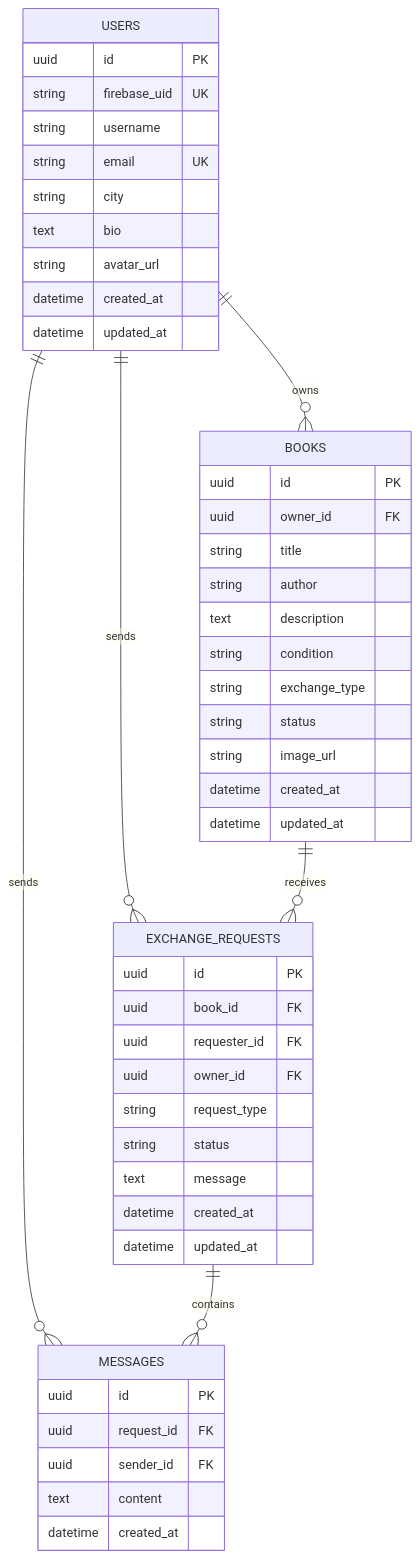
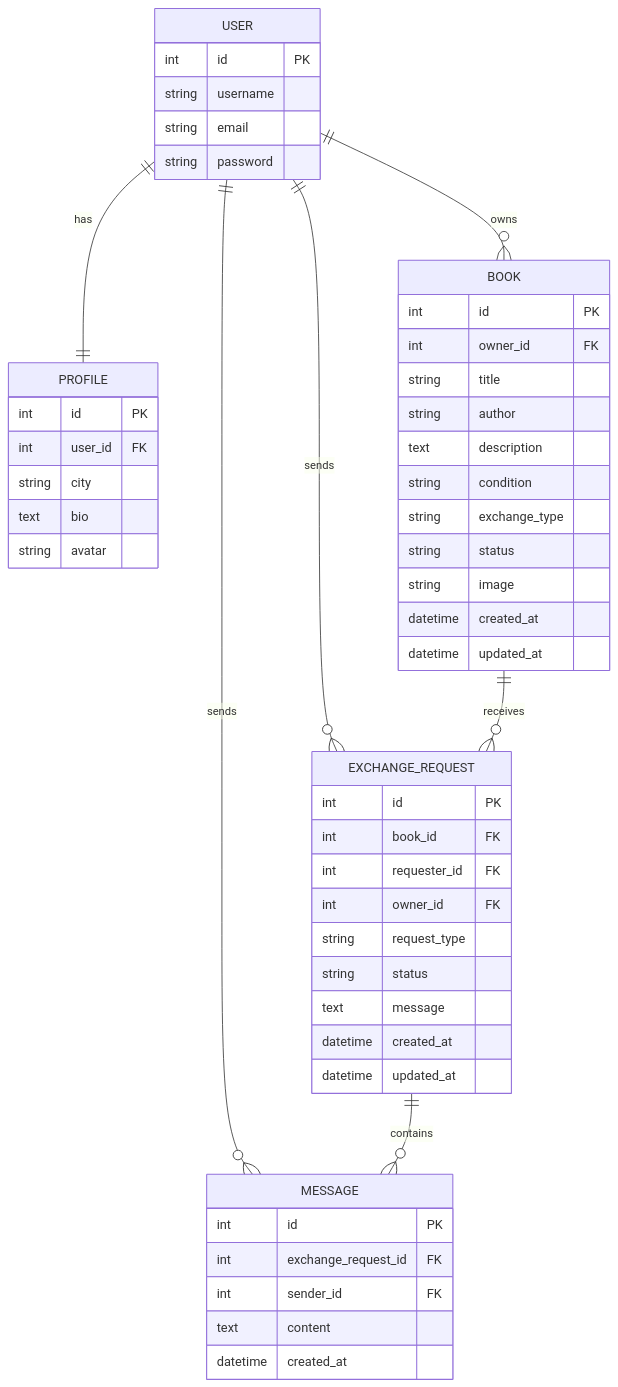
One commit to Handroc/Livract-project changed the second of 9 diagrams in README.md. Above: the diagram before and after it, drawn with Mermaid. The commit also changed other lines of this file, not shown here.

````diff
--- a/README.md
+++ b/README.md
@@ -215,54 +365,58 @@
 ```mermaid
 erDiagram
-    USERS ||--o{ BOOKS : owns
-    USERS ||--o{ EXCHANGE_REQUESTS : sends
-    USERS ||--o{ MESSAGES : sends
-    BOOKS ||--o{ EXCHANGE_REQUESTS : receives
-    EXCHANGE_REQUESTS ||--o{ MESSAGES : contains
+    USER ||--|| PROFILE : has
+    USER ||--o{ BOOK : owns
+    USER ||--o{ EXCHANGE_REQUEST : sends
+    USER ||--o{ MESSAGE : sends
+    BOOK ||--o{ EXCHANGE_REQUEST : receives
+    EXCHANGE_REQUEST ||--o{ MESSAGE : contains
 
-    USERS {
-        uuid id PK
-        string firebase_uid UK
+    USER {
+        int id PK
         string username
-        string email UK
+        string email
+        string password
+    }
+
+    PROFILE {
+        int id PK
+        int user_id FK
         string city
         text bio
-        string avatar_url
-        datetime created_at
-        datetime updated_at
+        string avatar
     }
 
-    BOOKS {
-        uuid id PK
-        uuid owner_id FK
+    BOOK {
+        int id PK
+        int owner_id FK
         string title
         string author
         text description
         string condition
         string exchange_type
         string status
-        string image_url
+        string image
         datetime created_at
         datetime updated_at
     }
 
-    EXCHANGE_REQUESTS {
-        uuid id PK
-        uuid book_id FK
-        uuid requester_id FK
-        uuid owner_id FK
+    EXCHANGE_REQUEST {
+        int id PK
+        int book_id FK
+        int requester_id FK
+        int owner_id FK
         string request_type
         string status
         text message
         datetime created_at
         datetime updated_at
     }
 
-    MESSAGES {
-        uuid id PK
-        uuid request_id FK
-        uuid sender_id FK
+    MESSAGE {
+        int id PK
+        int exchange_request_id FK
+        int sender_id FK
         text content
         datetime created_at
     }
 ```
````
